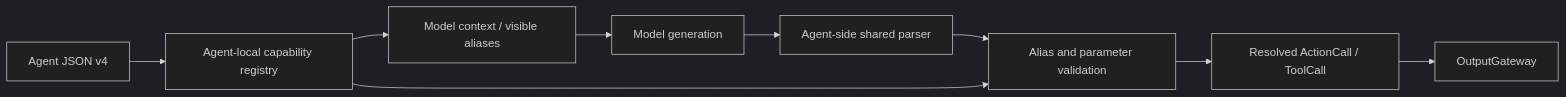
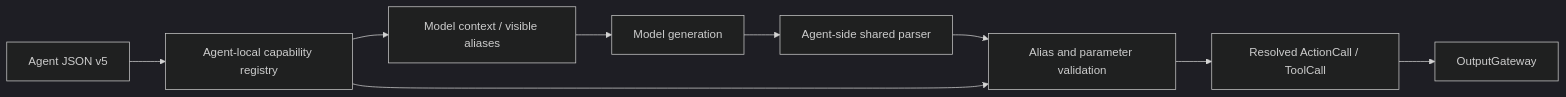
One commit to devilyouwei/MobileHarness changed the third of 6 diagrams in MobileHarness/README.md. Above: the diagram before and after it, drawn with Mermaid (dark theme). The commit also changed other lines of this file and 97 other files, not shown here.

````diff
--- a/MobileHarness/README.md
+++ b/MobileHarness/README.md
@@ -384,11 +385,11 @@
 ```mermaid
 flowchart LR
-    JSON[Agent JSON v4] --> Registry[Agent-local capability registry]
+    JSON[Agent JSON v5] --> Registry[Agent-local capability registry]
     Registry --> Context[Model context / visible aliases]
     Context --> Model[Model generation]
     Model --> Parse[Agent-side shared parser]
     Parse --> Resolve[Alias and parameter validation]
     Registry --> Resolve
     Resolve --> Calls[Resolved ActionCall / ToolCall]
     Calls --> Gateway[OutputGateway]
 ```
````
